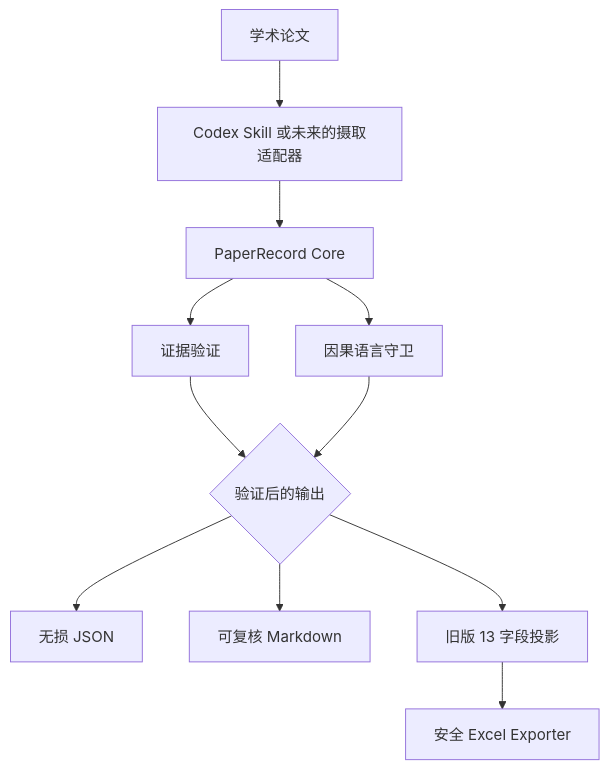
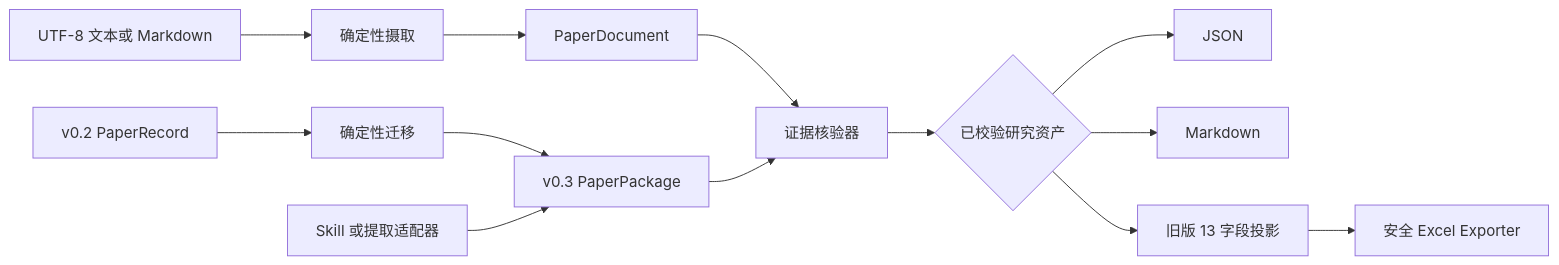
Before and after one commit to AOROM/paperreading: the diagram in README.zh-CN.md, drawn with Mermaid. The commit also changed other lines of this file and 60 other files, not shown here.

````diff
--- a/README.zh-CN.md
+++ b/README.zh-CN.md
@@ -42,13 +44,15 @@
 ```mermaid
-flowchart TB
-    P["学术论文"] --> A["Codex Skill 或未来的摄取适配器"]
-    A --> R["PaperRecord Core"]
-    R --> E["证据验证"]
-    R --> C["因果语言守卫"]
-    E --> O{"验证后的输出"}
-    C --> O
-    O --> J["无损 JSON"]
-    O --> M["可复核 Markdown"]
+flowchart LR
+    S["UTF-8 文本或 Markdown"] --> I["确定性摄取"]
+    I --> D["PaperDocument"]
+    V2["v0.2 PaperRecord"] --> M["确定性迁移"]
+    M --> P["v0.3 PaperPackage"]
+    D --> V["证据核验器"]
+    P --> V
+    A["Skill 或提取适配器"] --> P
+    V --> O{"已校验研究资产"}
+    O --> J["JSON"]
+    O --> MD["Markdown"]
     O --> L["旧版 13 字段投影"]
     L --> X["安全 Excel Exporter"]
 ```
````
